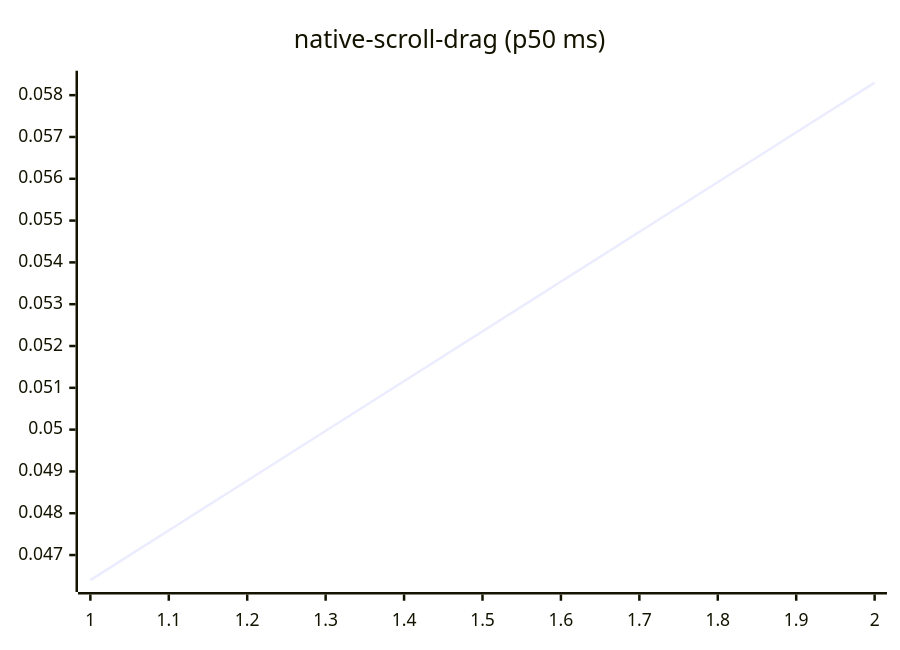
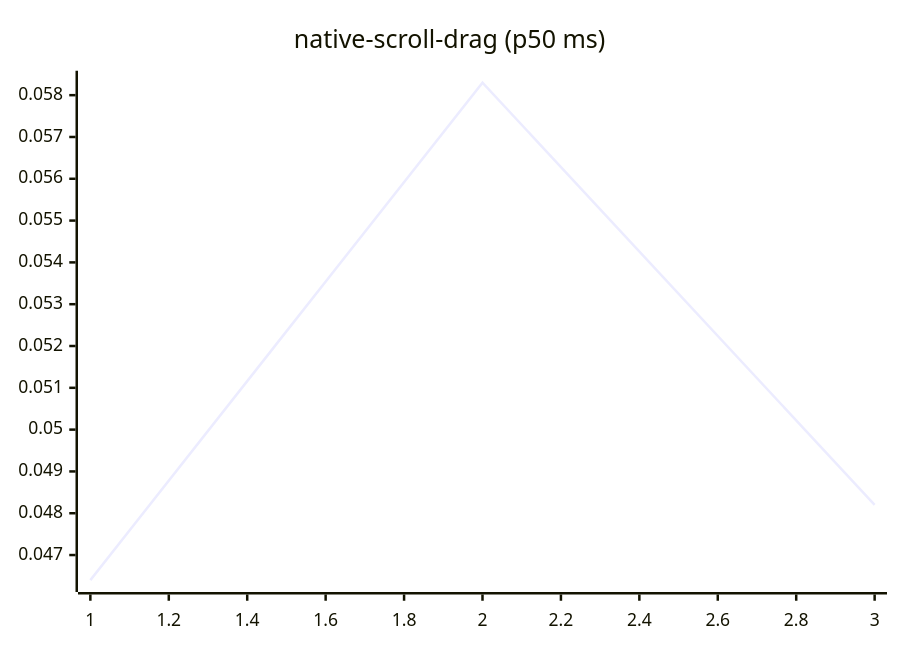
One commit to josha/Facet changed diagram 14 of 27 in README.md. Above: the diagram before and after it, drawn with Mermaid. The commit also changed other lines of this file and 2 other files, not shown here.

````diff
--- a/README.md
+++ b/README.md
@@ -154,6 +154,6 @@
 ```mermaid
 xychart-beta
     title "native-scroll-drag (p50 ms)"
-    x-axis 1 --> 2
-    line [0.0464, 0.0583]
+    x-axis 1 --> 3
+    line [0.0464, 0.0583, 0.0482]
 ```
````
